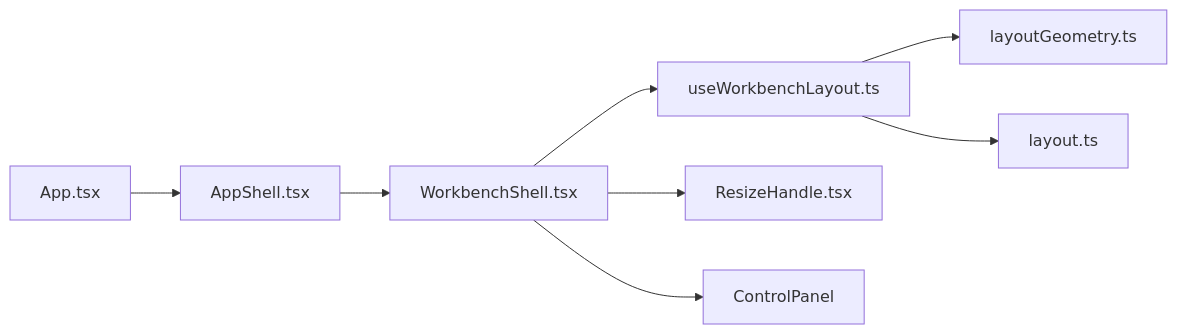
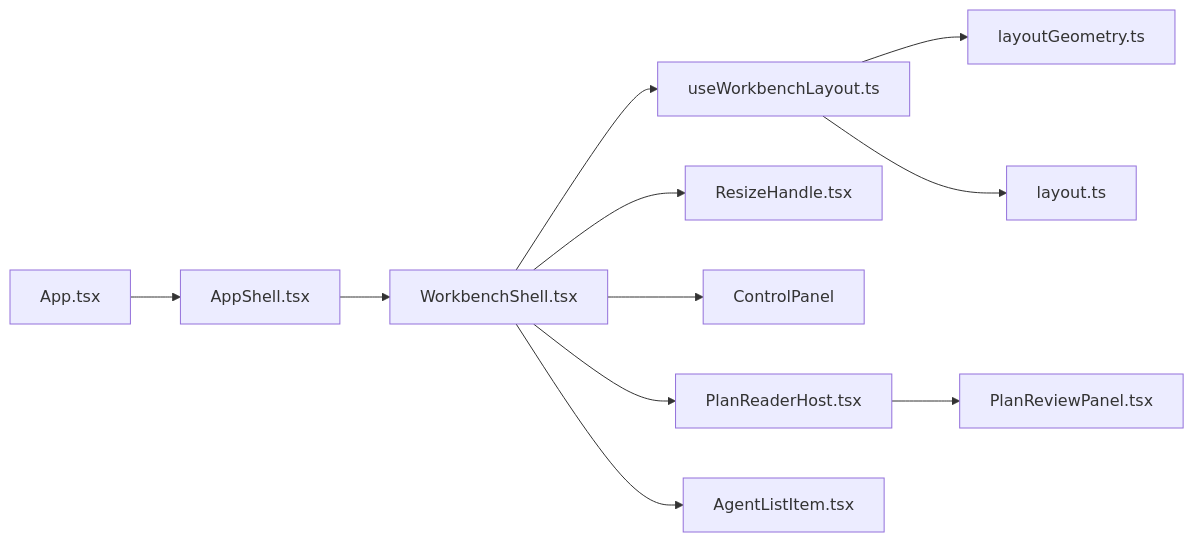
The sixth of 6 diagrams in .qoder/repowiki/zh/content/用户界面/工作台界面/工作台界面.md (haolange/RDC-Agent), drawn with Mermaid before and after one commit. The commit also changed other lines of this file and 80 other files, not shown here.

````diff
--- a/.qoder/repowiki/zh/content/用户界面/工作台界面/工作台界面.md
+++ b/.qoder/repowiki/zh/content/用户界面/工作台界面/工作台界面.md
@@ -233,10 +301,13 @@
 ```mermaid
 graph LR
 App["App.tsx"] --> Shell["AppShell.tsx"]
 Shell --> WB["WorkbenchShell.tsx"]
 WB --> Hook["useWorkbenchLayout.ts"]
 WB --> Handle["ResizeHandle.tsx"]
 WB --> Panel["ControlPanel"]
+WB --> PRH["PlanReaderHost.tsx"]
+PRH --> PRP["PlanReviewPanel.tsx"]
 Hook --> Geo["layoutGeometry.ts"]
 Hook --> Const["layout.ts"]
+WB --> ALI["AgentListItem.tsx"]
 ```
````
